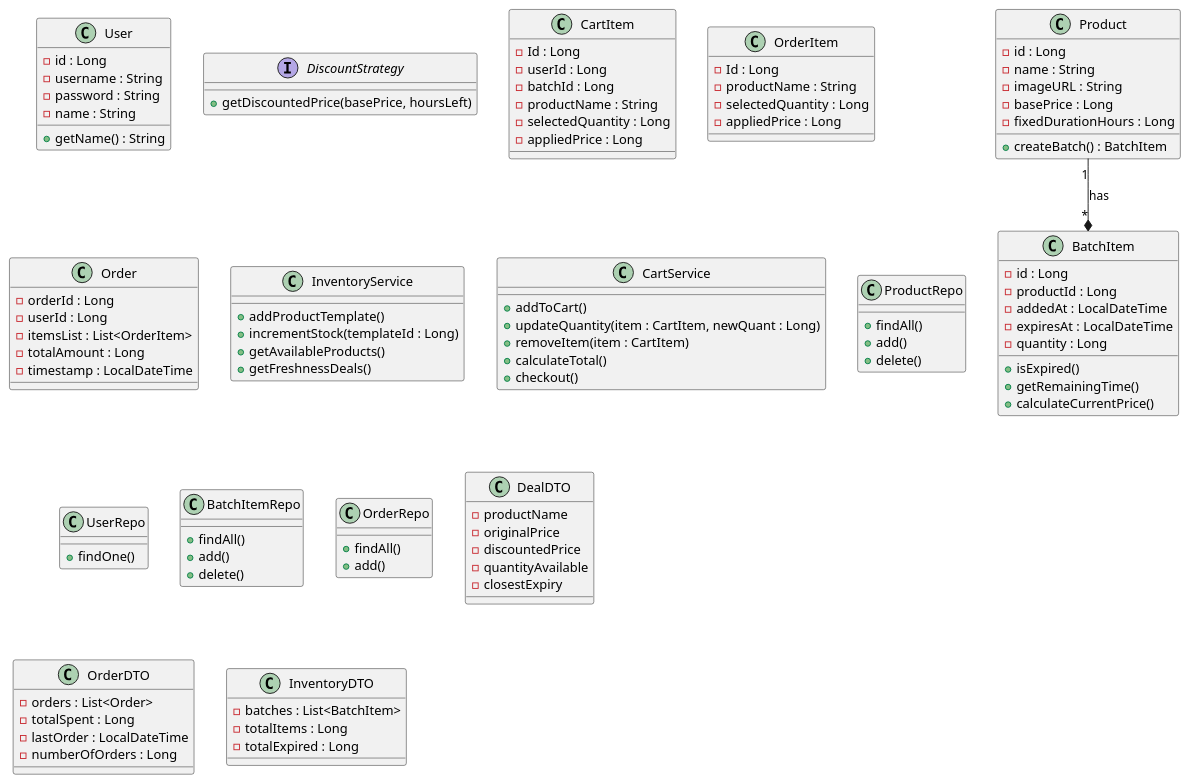
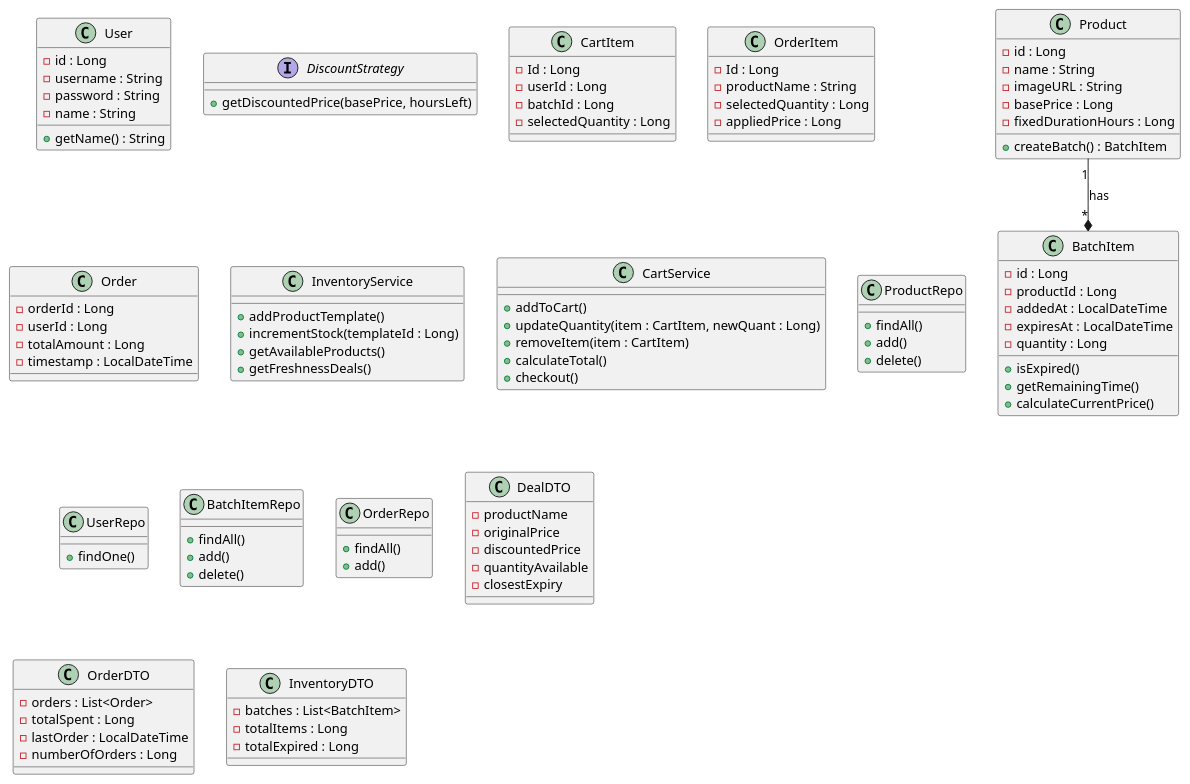
One commit to rzv1/ISS-FreshPick changed the diagram in Faza1/ClassDiagram.puml. Above: the diagram before and after it, drawn with PlantUML. The commit also changed 8 other files, not shown here.

```diff
--- a/Faza1/ClassDiagram.puml
+++ b/Faza1/ClassDiagram.puml
@@ -1,118 +1,115 @@
 @startuml
 class User{
     -id : Long
     -username : String
     -password : String
     -name : String
 
     +getName() : String
 }
 
 class Product{
     -id : Long
     -name : String
     -imageURL : String
     -basePrice : Long
     -fixedDurationHours : Long
 
     +createBatch() : BatchItem
 }
 
 class BatchItem{
     -id : Long
     -productId : Long
     -addedAt : LocalDateTime
     -expiresAt : LocalDateTime
     -quantity : Long
 
     +isExpired()
     +getRemainingTime()
     +calculateCurrentPrice()
 }
 
 Product "1"--*"*" BatchItem : has
 
 interface DiscountStrategy{
     +getDiscountedPrice(basePrice, hoursLeft)
 }
 
 class CartItem{
     -Id : Long
     -userId : Long
     -batchId : Long
-    -productName : String
     -selectedQuantity : Long
-    -appliedPrice : Long
 }
 
 class OrderItem{
     -Id : Long
     -productName : String
     -selectedQuantity : Long
     -appliedPrice : Long
 }
 
 class Order{
     -orderId : Long
     -userId : Long
-    -itemsList : List<OrderItem>
     -totalAmount : Long
     -timestamp : LocalDateTime
 }
 class InventoryService{
     +addProductTemplate()
     +incrementStock(templateId : Long)
     +getAvailableProducts()
     +getFreshnessDeals()
 }
 
 class CartService{
     +addToCart()
     +updateQuantity(item : CartItem, newQuant : Long)
     +removeItem(item : CartItem)
     +calculateTotal()
     +checkout()
 }
 
 class ProductRepo{
     +findAll()
     +add()
     +delete()
 }
 
 class UserRepo{
     +findOne()
 }
 
 class BatchItemRepo{
     +findAll()
     +add()
     +delete()
 }
 
 class OrderRepo{
     +findAll()
     +add()
 }
 
 class DealDTO{
     -productName
     -originalPrice
     -discountedPrice
     -quantityAvailable
     -closestExpiry
 }
 
 class OrderDTO{
     -orders : List<Order>
     -totalSpent : Long
     -lastOrder : LocalDateTime
     -numberOfOrders : Long
 }
 
 class InventoryDTO{
     -batches : List<BatchItem>
     -totalItems : Long
     -totalExpired : Long
 }
 @enduml
```
